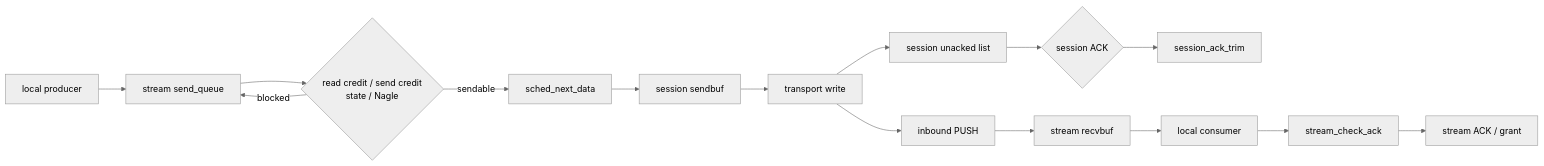
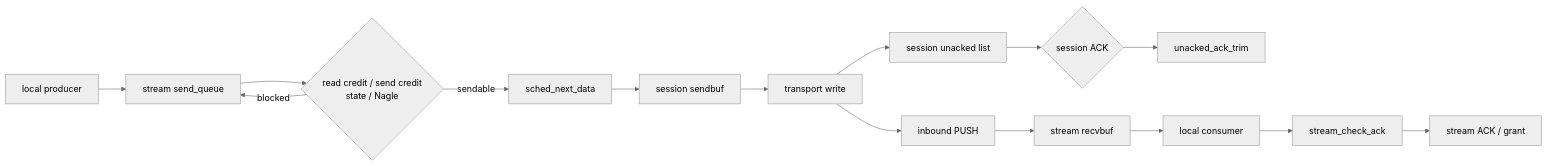
One commit to hexian000/multiplexd changed diagram 12 of 19 in doc/impl.md. Above: the diagram before and after it, drawn with Mermaid (neutral theme). The commit also changed other lines of this file and 112 other files, not shown here.

````diff
--- a/doc/impl.md
+++ b/doc/impl.md
@@ -458,17 +600,17 @@
 ```mermaid
 flowchart LR
   A[local producer] --> B[stream send_queue]
   B --> C{read credit / send credit\nstate / Nagle}
   C -- blocked --> B
   C -- sendable --> D[sched_next_data]
   D --> E[session sendbuf]
   E --> F[transport write]
   F --> G[session unacked list]
   G --> H{session ACK}
-  H --> I[session_ack_trim]
+  H --> I[unacked_ack_trim]
   F --> J[inbound PUSH]
   J --> K[stream recvbuf]
   K --> L[local consumer]
   L --> M[stream_check_ack]
   M --> N[stream ACK / grant]
 ```
````
